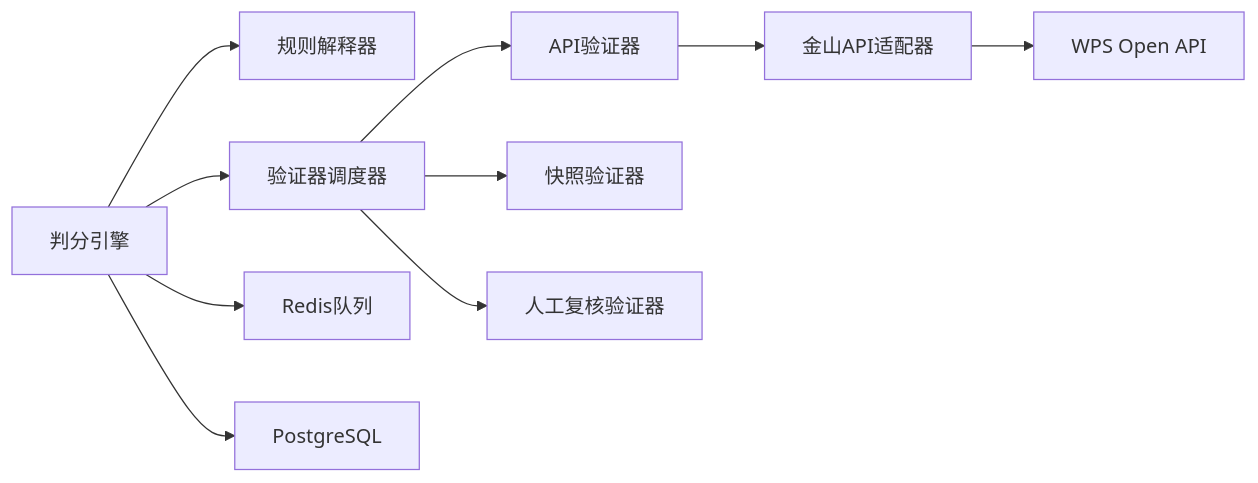
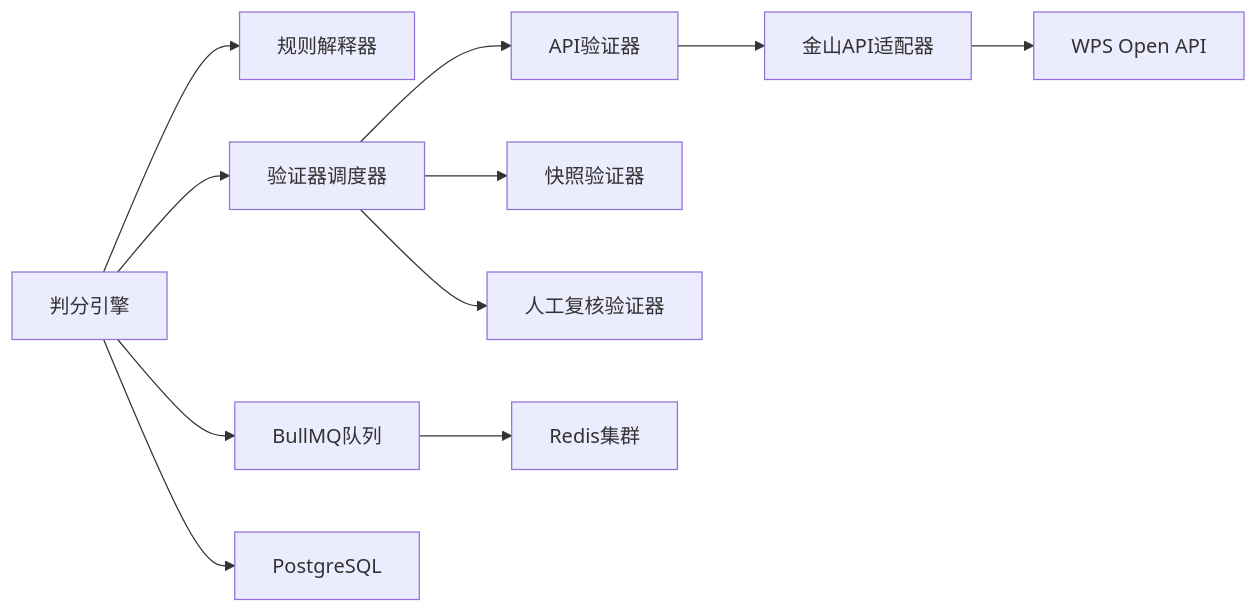
One commit to Ren-chao02/wps_dbsheet_examination_system changed the fifth of 5 diagrams in .qoder/repowiki/zh/content/API参考/判分系统API.md. Above: the diagram before and after it, drawn with Mermaid. The commit also changed other lines of this file and 64 other files, not shown here.

````diff
--- a/.qoder/repowiki/zh/content/API参考/判分系统API.md
+++ b/.qoder/repowiki/zh/content/API参考/判分系统API.md
@@ -261,12 +313,13 @@
 ```mermaid
 graph LR
 GRADE["判分引擎"] --> RULE["规则解释器"]
 GRADE --> DISPATCH["验证器调度器"]
 DISPATCH --> API_VER["API验证器"]
 DISPATCH --> SNAP_VER["快照验证器"]
 DISPATCH --> MANUAL_VER["人工复核验证器"]
 API_VER --> ADAPTER["金山API适配器"]
 ADAPTER --> OPENAPI["WPS Open API"]
-GRADE --> QUEUE["Redis队列"]
+GRADE --> BULLMQ["BullMQ队列"]
+BULLMQ --> REDIS["Redis集群"]
 GRADE --> DB["PostgreSQL"]
 ```
````
